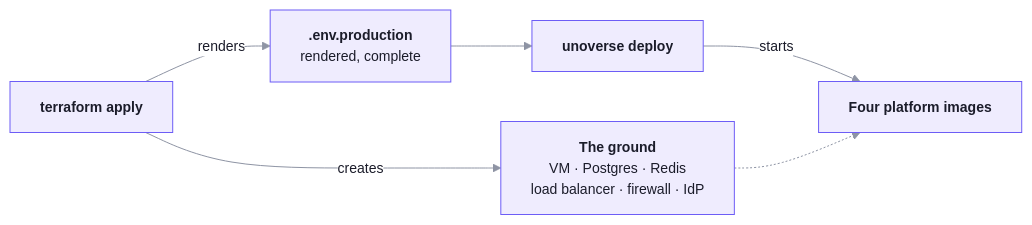
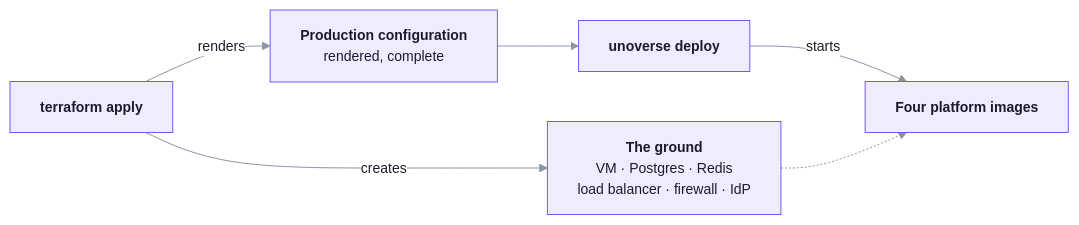
Before and after one commit to unoverse-platform/starter: the diagram in docs/architecture/terraform.md, drawn with Mermaid. The commit also changed other lines of this file and 19 other files, not shown here.

````diff
--- a/docs/architecture/terraform.md
+++ b/docs/architecture/terraform.md
@@ -16,14 +16,14 @@
 ```mermaid
 %%{init: {"theme":"base","themeVariables":{"fontFamily":"Inter, ui-sans-serif, system-ui","fontSize":"14px","primaryColor":"#EFECFE","primaryBorderColor":"#6D5DF6","primaryTextColor":"#1B1C2A","secondaryColor":"#F4F4F7","tertiaryColor":"#F4F4F7","lineColor":"#8E94A4","clusterBkg":"#FBFBFD","clusterBorder":"#E4E5EC","edgeLabelBackground":"#FFFFFF","nodeBorder":"#6D5DF6"}}}%%
 flowchart LR
   T["<b>terraform apply</b>"]
   G["<b>The ground</b><br/>VM · Postgres · Redis<br/>load balancer · firewall · IdP"]
-  E["<b>.env.production</b><br/>rendered, complete"]
+  E["<b>Production configuration</b><br/>rendered, complete"]
   D["<b>unoverse deploy</b>"]
   S["<b>Four platform images</b>"]
 
   T -->|creates| G
   T -->|renders| E
   E --> D -->|starts| S
   G -.-> S
 ```
````
